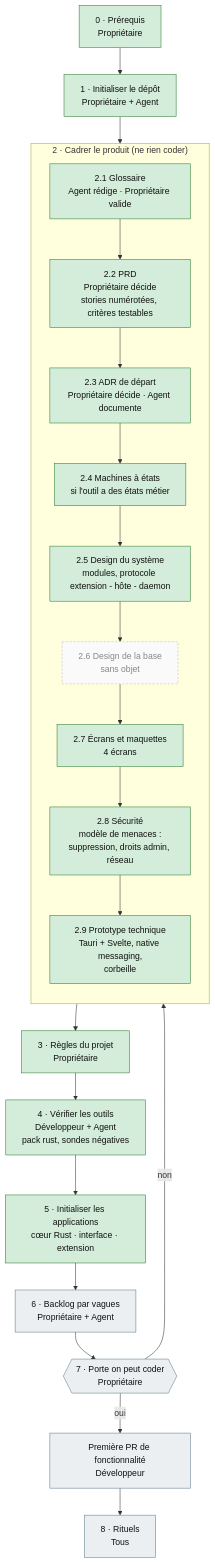
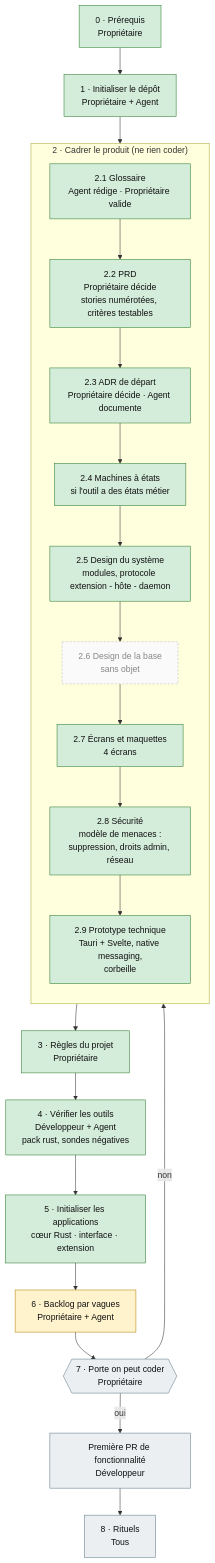
One commit to AresGn/Breathly changed the diagram in docs/parcours.md. Above: the diagram before and after it, drawn with Mermaid. The commit also changed other lines of this file and 4 other files, not shown here.

````diff
--- a/docs/parcours.md
+++ b/docs/parcours.md
@@ -21,34 +21,35 @@
 ```mermaid
 flowchart TD
     A0["0 · Prérequis<br/>Propriétaire"] --> A1["1 · Initialiser le dépôt<br/>Propriétaire + Agent"]
     A1 --> B
 
     subgraph B["2 · Cadrer le produit (ne rien coder)"]
         direction TB
         B1["2.1 Glossaire<br/>Agent rédige · Propriétaire valide"] --> B2["2.2 PRD<br/>Propriétaire décide<br/>stories numérotées, critères testables"]
         B2 --> B3["2.3 ADR de départ<br/>Propriétaire décide · Agent documente"]
         B3 --> B4["2.4 Machines à états<br/>si l'outil a des états métier"]
         B4 --> B5["2.5 Design du système<br/>modules, protocole extension - hôte - daemon"]
         B5 --> B6["2.6 Design de la base<br/>sans objet"]
         B6 --> B7["2.7 Écrans et maquettes<br/>4 écrans"]
         B7 --> B8["2.8 Sécurité<br/>modèle de menaces :<br/>suppression, droits admin, réseau"]
         B8 --> B9["2.9 Prototype technique<br/>Tauri + Svelte, native messaging,<br/>corbeille"]
     end
 
     B --> C["3 · Règles du projet<br/>Propriétaire"]
     C --> D["4 · Vérifier les outils<br/>Développeur + Agent<br/>pack rust, sondes négatives"]
     D --> E["5 · Initialiser les applications<br/>cœur Rust · interface · extension"]
     E --> F["6 · Backlog par vagues<br/>Propriétaire + Agent"]
     F --> G{{"7 · Porte on peut coder<br/>Propriétaire"}}
     G -- non --> B
     G -- oui --> H["Première PR de fonctionnalité<br/>Développeur"]
     H --> I["8 · Rituels<br/>Tous"]
 
     classDef done fill:#d4edda,stroke:#2e7d32,color:#111
     classDef progress fill:#fff3cd,stroke:#b8860b,color:#111
     classDef todo fill:#eceff1,stroke:#607d8b,color:#111
     classDef na fill:#fafafa,stroke:#bbb,stroke-dasharray: 4 3,color:#888
     class A0,A1,B1,B2,B3,B4,B5,B7,B8,B9,C,D,E done
-    class F,G,H,I todo
+    class F progress
+    class G,H,I todo
     class B6 na
 ```
````
